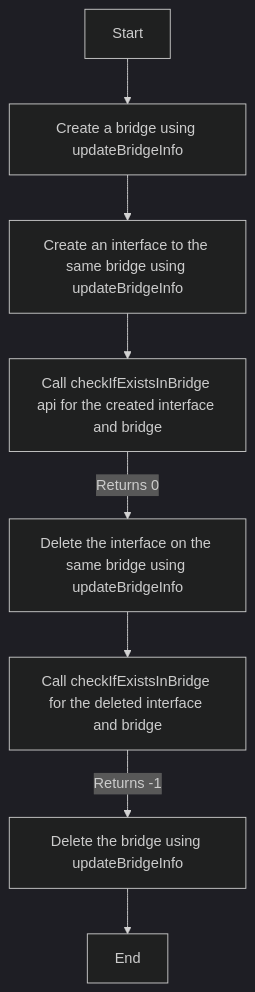
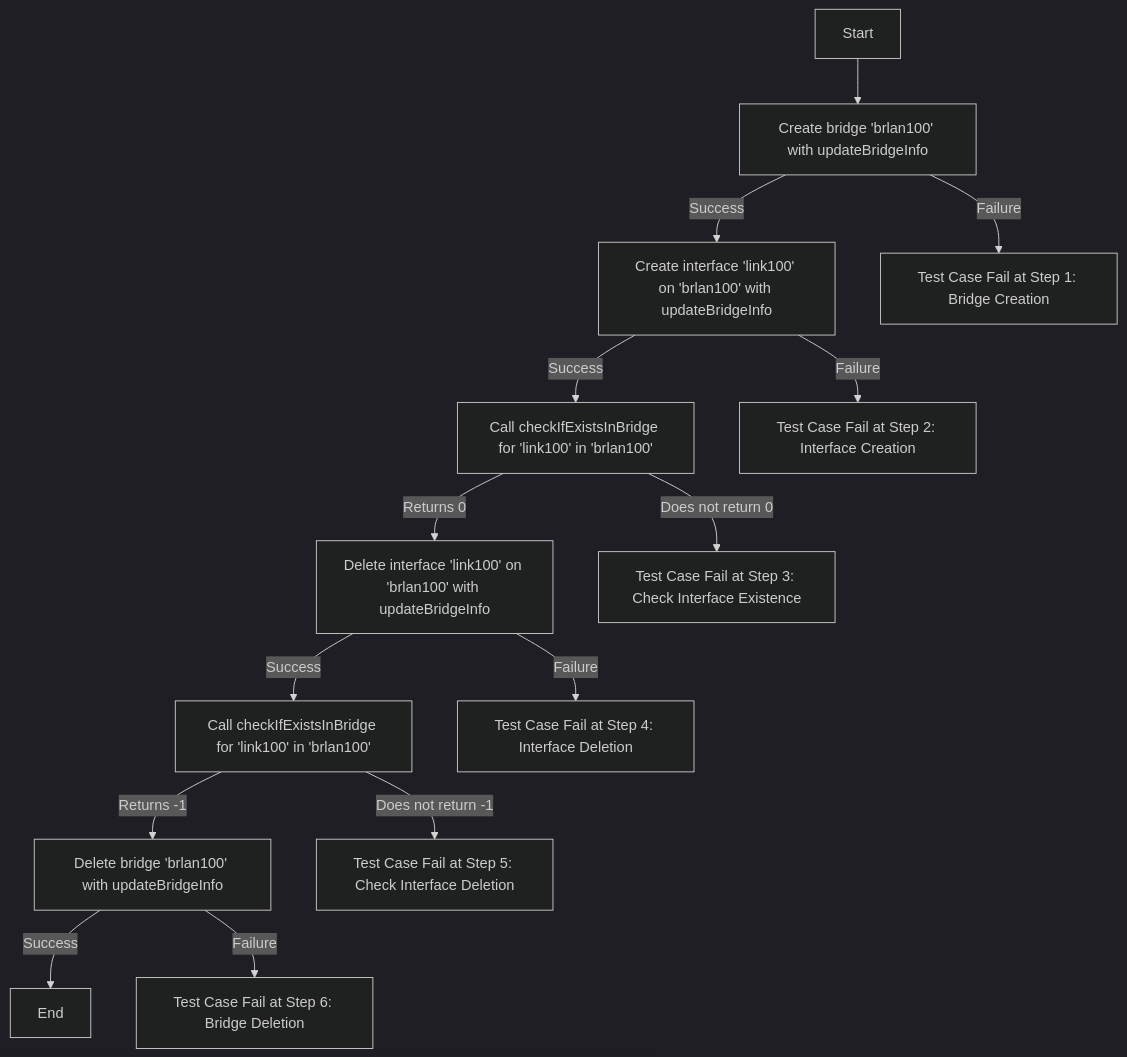
The first of 5 diagrams in docs/pages/bridge_util_mermaid.md (rdkcentral/rdkb-halif-test-bridge-util), drawn with Mermaid (dark theme) before and after one commit. The commit also changed other lines of this file, not shown here.

Commit message:
Develop bridge util hal L2 test suite Enhanced mermaid file of L2 testcases

````diff
--- a/docs/pages/bridge_util_mermaid.md
+++ b/docs/pages/bridge_util_mermaid.md
@@ -5,10 +5,16 @@
 ```mermaid
-graph TB
-A[Start] --> B[Create a bridge using updateBridgeInfo]
-B --> C[Create an interface to the same bridge using updateBridgeInfo]
-C --> D[Call checkIfExistsInBridge api for the created interface and bridge]
-D --> |Returns 0| E[Delete the interface on the same bridge using updateBridgeInfo]
-E --> F[Call checkIfExistsInBridge for the deleted interface and bridge]
-F --> |Returns -1| G[Delete the bridge using updateBridgeInfo]
-G --> H[End]
+flowchart TD
+A[Start] --> B[Create bridge 'brlan100' with updateBridgeInfo]
+B -- Success --> C[Create interface 'link100' on 'brlan100' with updateBridgeInfo]
+B -- Failure --> F[Test Case Fail at Step 1: Bridge Creation]
+C -- Success --> D[Call checkIfExistsInBridge for 'link100' in 'brlan100']
+C -- Failure --> G[Test Case Fail at Step 2: Interface Creation]
+D -- Returns 0 --> E[Delete interface 'link100' on 'brlan100' with updateBridgeInfo]
+D -- Does not return 0 --> H[Test Case Fail at Step 3: Check Interface Existence]
+E -- Success --> I[Call checkIfExistsInBridge for 'link100' in 'brlan100']
+E -- Failure --> J[Test Case Fail at Step 4: Interface Deletion]
+I -- Returns -1 --> K[Delete bridge 'brlan100' with updateBridgeInfo]
+I -- Does not return -1 --> L[Test Case Fail at Step 5: Check Interface Deletion]
+K -- Success --> M[End]
+K -- Failure --> N[Test Case Fail at Step 6: Bridge Deletion]
 ```
````
